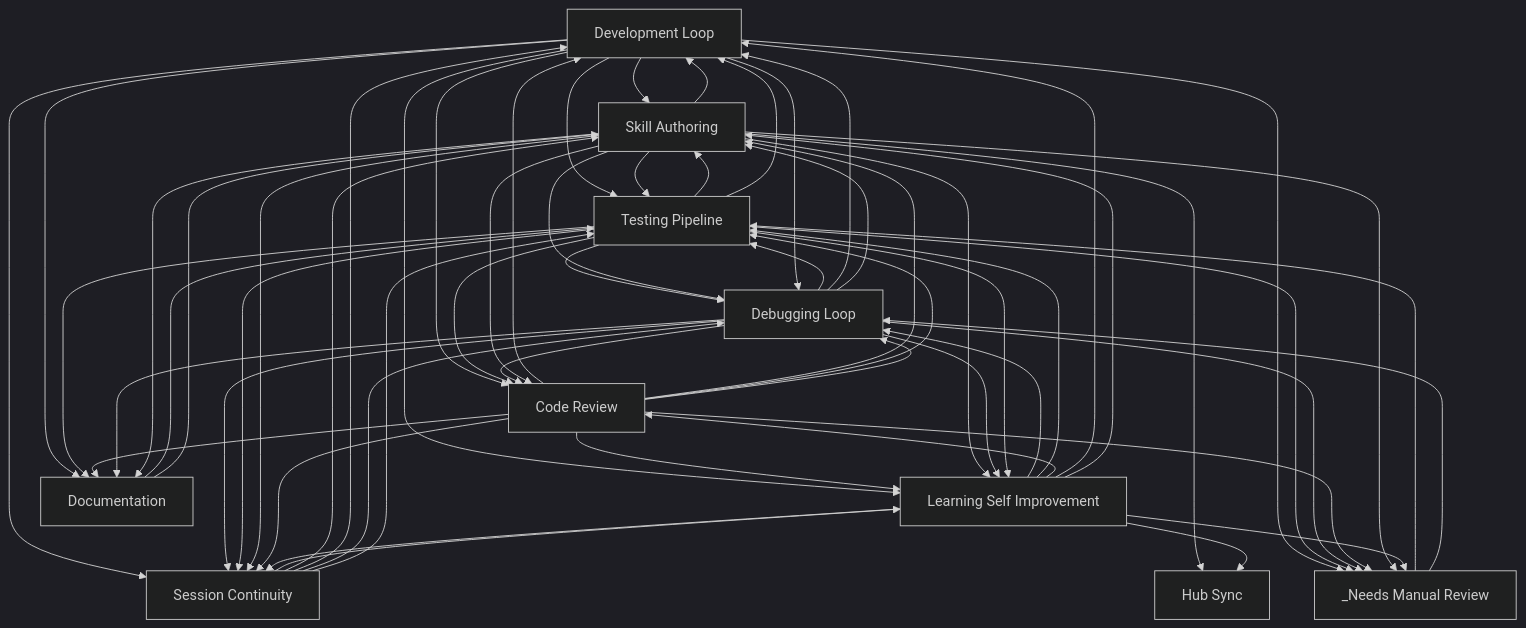
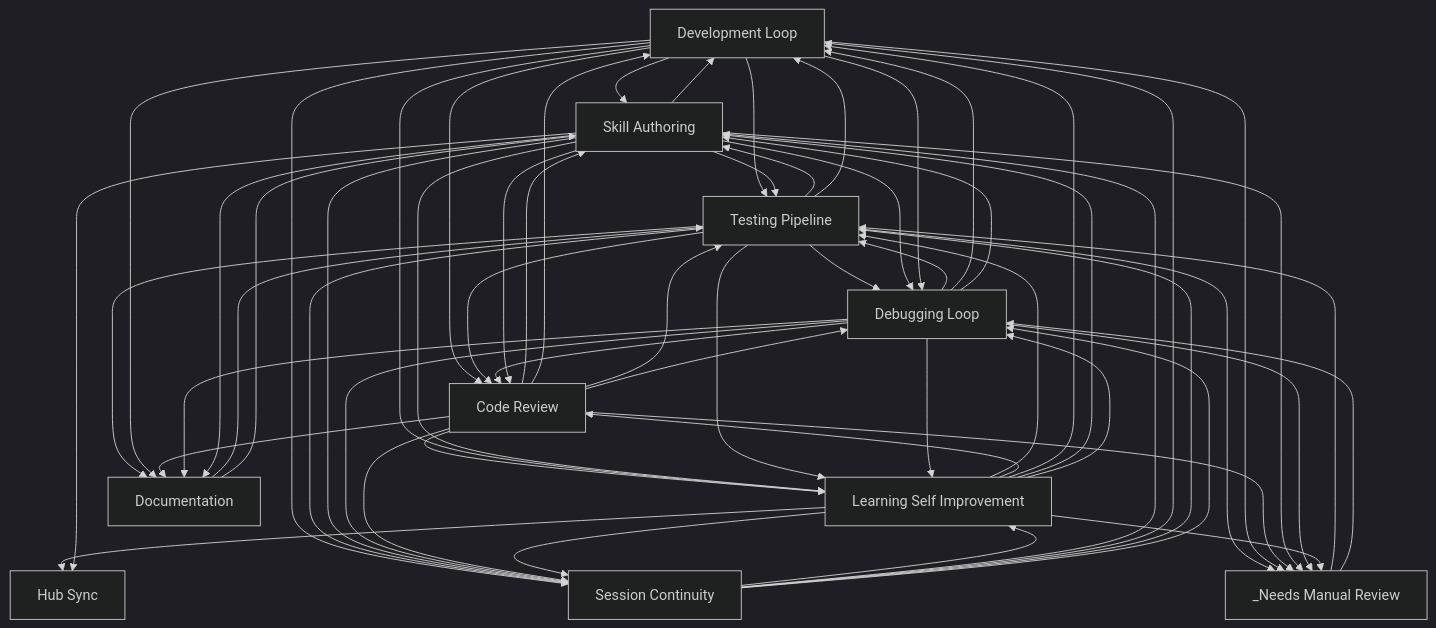
Before and after one commit to abhayla/claude-best-practices: the diagram in docs/workflows/INDEX.md, drawn with Mermaid (dark theme). The commit also changed other lines of this file and 12 other files, not shown here.

````diff
--- a/docs/workflows/INDEX.md
+++ b/docs/workflows/INDEX.md
@@ -22,71 +22,71 @@
 ```mermaid
 graph TD
     development_loop[Development Loop]
     testing_pipeline[Testing Pipeline]
     debugging_loop[Debugging Loop]
     learning_self_improvement[Learning Self Improvement]
     session_continuity[Session Continuity]
     skill_authoring[Skill Authoring]
     code_review[Code Review]
     documentation[Documentation]
     hub_sync[Hub Sync]
     _needs_manual_review[_Needs Manual Review]
     documentation --> testing_pipeline
     documentation --> skill_authoring
+    code_review --> skill_authoring
+    code_review --> development_loop
     development_loop --> skill_authoring
     development_loop --> code_review
-    code_review --> development_loop
-    code_review --> skill_authoring
+    code_review --> testing_pipeline
+    code_review --> learning_self_improvement
     development_loop --> testing_pipeline
     development_loop --> learning_self_improvement
-    code_review --> testing_pipeline
-    code_review --> learning_self_improvement
     testing_pipeline --> skill_authoring
     skill_authoring --> testing_pipeline
     testing_pipeline --> development_loop
     testing_pipeline --> debugging_loop
     skill_authoring --> development_loop
     skill_authoring --> debugging_loop
     testing_pipeline --> code_review
     debugging_loop --> testing_pipeline
     debugging_loop --> code_review
     debugging_loop --> development_loop
     debugging_loop --> skill_authoring
     development_loop --> debugging_loop
     skill_authoring --> code_review
     skill_authoring --> learning_self_improvement
+    testing_pipeline --> _needs_manual_review
     development_loop --> _needs_manual_review
-    testing_pipeline --> _needs_manual_review
+    testing_pipeline --> documentation
     development_loop --> documentation
-    testing_pipeline --> documentation
     code_review --> documentation
     development_loop --> session_continuity
     session_continuity --> learning_self_improvement
     _needs_manual_review --> testing_pipeline
-    debugging_loop --> session_continuity
     testing_pipeline --> session_continuity
     skill_authoring --> session_continuity
+    debugging_loop --> session_continuity
     _needs_manual_review --> debugging_loop
+    testing_pipeline --> learning_self_improvement
     debugging_loop --> learning_self_improvement
-    testing_pipeline --> learning_self_improvement
-    learning_self_improvement --> debugging_loop
     learning_self_improvement --> testing_pipeline
     learning_self_improvement --> code_review
     learning_self_improvement --> development_loop
     learning_self_improvement --> skill_authoring
+    learning_self_improvement --> debugging_loop
     code_review --> debugging_loop
-    debugging_loop --> _needs_manual_review
     code_review --> _needs_manual_review
     skill_authoring --> _needs_manual_review
+    debugging_loop --> _needs_manual_review
     code_review --> session_continuity
     learning_self_improvement --> session_continuity
     session_continuity --> skill_authoring
     debugging_loop --> documentation
     session_continuity --> development_loop
+    session_continuity --> testing_pipeline
     session_continuity --> debugging_loop
-    session_continuity --> testing_pipeline
+    learning_self_improvement --> hub_sync
     skill_authoring --> hub_sync
-    learning_self_improvement --> hub_sync
     learning_self_improvement --> _needs_manual_review
     skill_authoring --> documentation
 ```
````
